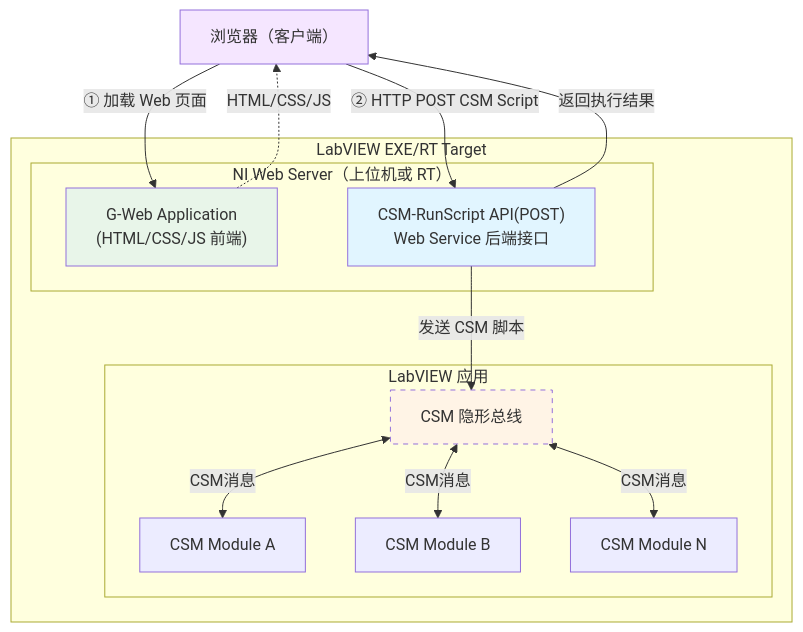
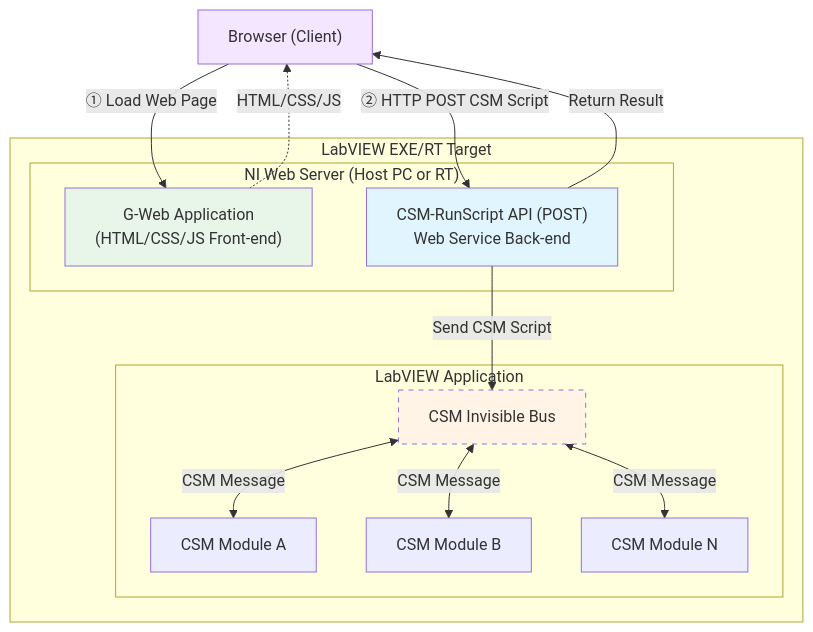
Before and after one commit to NEVSTOP-LAB/G-Web-Development-with-CSM: the diagram in README.md, drawn with Mermaid. The commit also changed other lines of this file and 1 other file, not shown here.

````diff
--- a/README.md
+++ b/README.md
@@ -11,32 +13,32 @@
 ```mermaid
 graph TB
-    Browser["浏览器（客户端）"]
+    Browser["Browser (Client)"]
 
     subgraph LabVIEW EXE/RT Target
-        subgraph "NI Web Server（上位机或 RT）"
-            GW["G-Web Application<br/>(HTML/CSS/JS 前端)"]
-            RS["CSM-RunScript API(POST)<br/>Web Service 后端接口"]
+        subgraph "NI Web Server (Host PC or RT)"
+            GW["G-Web Application<br/>(HTML/CSS/JS Front-end)"]
+            RS["CSM-RunScript API (POST)<br/>Web Service Back-end"]
         end
 
-        subgraph "LabVIEW 应用"
-            Bus[CSM 隐形总线]
+        subgraph "LabVIEW Application"
+            Bus[CSM Invisible Bus]
             M1[CSM Module A]
             M2[CSM Module B]
             MN[CSM Module N]
         end
     end
 
-    Browser -->|"① 加载 Web 页面"| GW
+    Browser -->|"① Load Web Page"| GW
     GW -.->|"HTML/CSS/JS"| Browser
     Browser -->|"② HTTP POST CSM Script"| RS
-    RS -->|发送 CSM 脚本| Bus
-    Bus <-->|CSM消息| M1
-    Bus <-->|CSM消息| M2
-    Bus <-->|CSM消息| MN
-    RS -->|返回执行结果| Browser
+    RS -->|Send CSM Script| Bus
+    Bus <-->|CSM Message| M1
+    Bus <-->|CSM Message| M2
+    Bus <-->|CSM Message| MN
+    RS -->|Return Result| Browser
 
     style RS fill:#e1f5ff
     style Bus fill:#fff4e6,stroke-dasharray:5 5
     style GW fill:#e8f5e9
     style Browser fill:#f5e6ff
 ```
````
